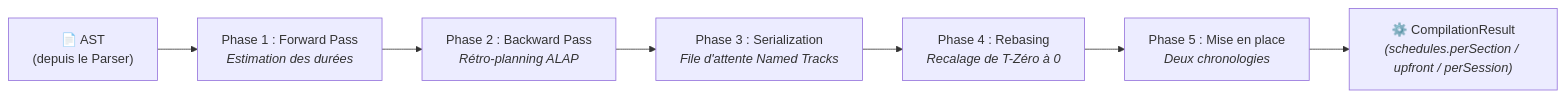
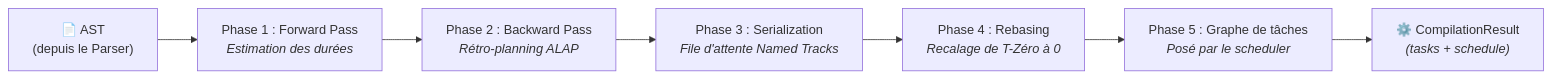
The diagram in packages/docs/src/content/docs/fr/docs/explanation/engine/kitchen.md (gram-lang/gram), drawn with Mermaid before and after one commit. The commit also changed other lines of this file and 35 other files, not shown here.

Commit message:
docs: describe the task graph, the timer ranges, the days and the new options everywhere

````diff
--- a/packages/docs/src/content/docs/fr/docs/explanation/engine/kitchen.md
+++ b/packages/docs/src/content/docs/fr/docs/explanation/engine/kitchen.md
@@ -27,9 +27,9 @@
 ```mermaid
 flowchart LR
     AST["📄 AST<br/>(depuis le Parser)"] --> P1["Phase 1 : Forward Pass<br/><i>Estimation des durées</i>"]
     P1 --> P2["Phase 2 : Backward Pass<br/><i>Rétro-planning ALAP</i>"]
     P2 --> P3["Phase 3 : Serialization<br/><i>File d'attente Named Tracks</i>"]
     P3 --> P4["Phase 4 : Rebasing<br/><i>Recalage de T-Zéro à 0</i>"]
-    P4 --> P5["Phase 5 : Mise en place<br/><i>Deux chronologies</i>"]
-    P5 --> Result["⚙️ CompilationResult<br/><i>(schedules.perSection / upfront / perSession)</i>"]
+    P4 --> P5["Phase 5 : Graphe de tâches<br/><i>Posé par le scheduler</i>"]
+    P5 --> Result["⚙️ CompilationResult<br/><i>(tasks + schedule)</i>"]
 ```
````
